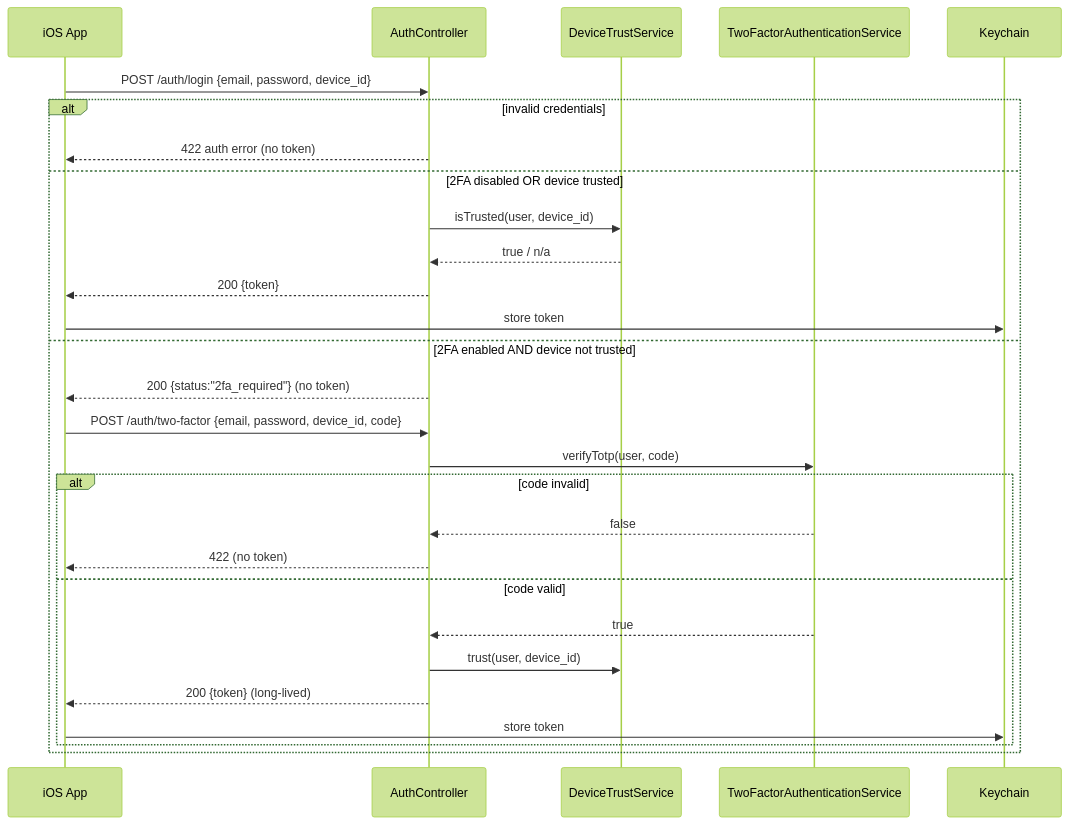
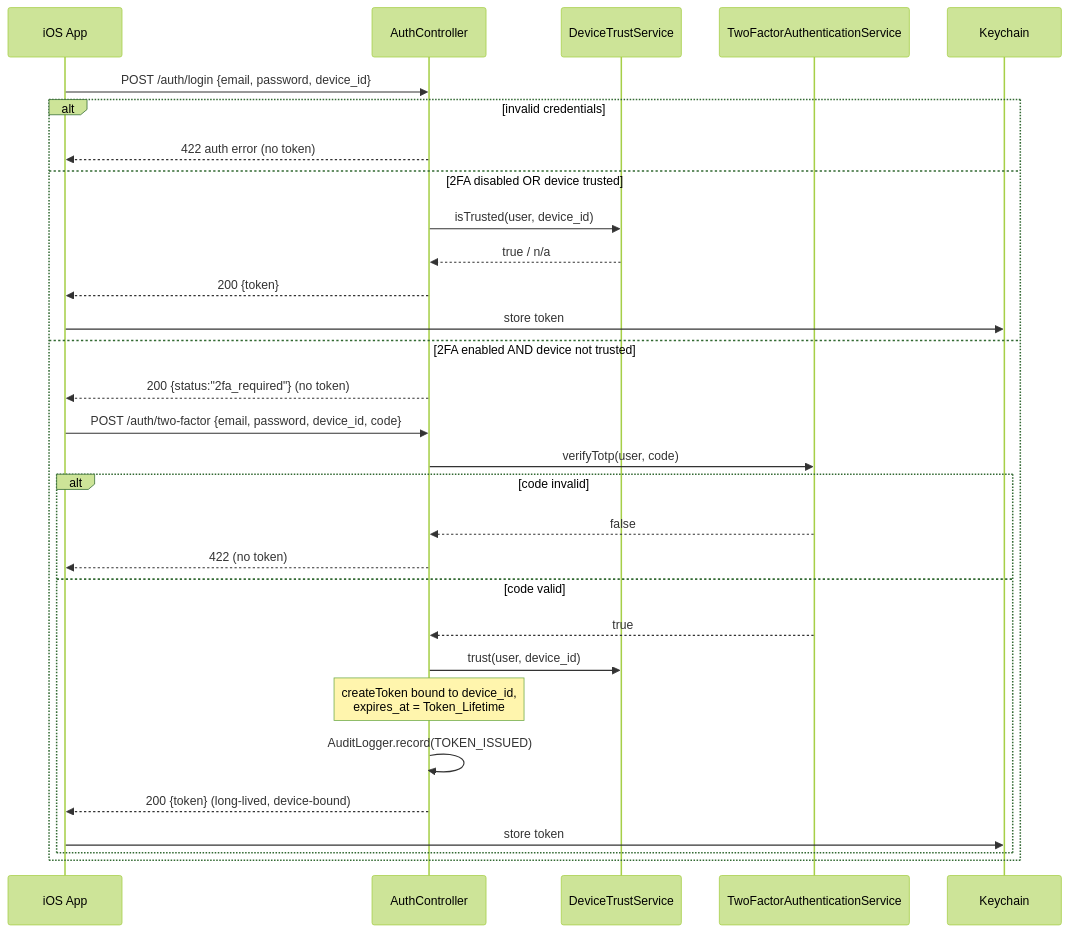
The second of 4 diagrams in .kiro/specs/ios-scanner-app/design.md (CKEnterprisesUK/events), drawn with Mermaid (forest theme) before and after one commit. The commit also changed other lines of this file and 6 other files, not shown here.

````diff
--- a/.kiro/specs/ios-scanner-app/design.md
+++ b/.kiro/specs/ios-scanner-app/design.md
@@ -293,31 +385,33 @@
 ```mermaid
 sequenceDiagram
     participant App as iOS App
     participant API as AuthController
     participant Trust as DeviceTrustService
     participant TOTP as TwoFactorAuthenticationService
     participant KC as Keychain
 
     App->>API: POST /auth/login {email, password, device_id}
     alt invalid credentials
         API-->>App: 422 auth error (no token)
     else 2FA disabled OR device trusted
         API->>Trust: isTrusted(user, device_id)
         Trust-->>API: true / n/a
         API-->>App: 200 {token}
         App->>KC: store token
     else 2FA enabled AND device not trusted
         API-->>App: 200 {status:"2fa_required"} (no token)
         App->>API: POST /auth/two-factor {email, password, device_id, code}
         API->>TOTP: verifyTotp(user, code)
         alt code invalid
             TOTP-->>API: false
             API-->>App: 422 (no token)
         else code valid
             TOTP-->>API: true
             API->>Trust: trust(user, device_id)
-            API-->>App: 200 {token} (long-lived)
+            Note over API: createToken bound to device_id,<br/>expires_at = Token_Lifetime
+            API->>API: AuditLogger.record(TOKEN_ISSUED)
+            API-->>App: 200 {token} (long-lived, device-bound)
             App->>KC: store token
         end
     end
 ```
````
